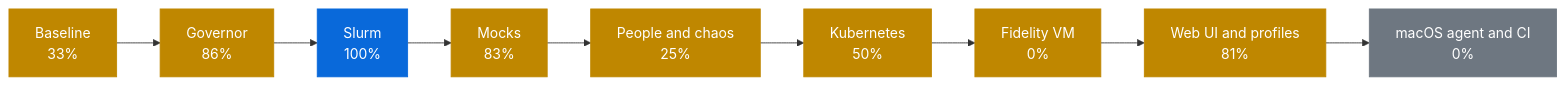
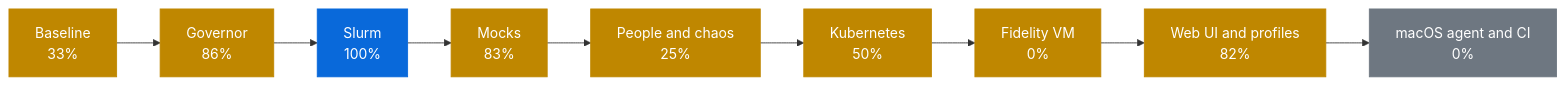
Before and after one commit to AhmedYousriSobhi/workbench: the first of 2 diagrams in docs/PROGRESS.md, drawn with Mermaid. The commit also changed other lines of this file and 13 other files, not shown here.

````diff
--- a/docs/PROGRESS.md
+++ b/docs/PROGRESS.md
@@ -10,17 +10,17 @@
 ```mermaid
 flowchart LR
     p0["Baseline<br/>33%"]:::partial
     p1["Governor<br/>86%"]:::partial
     p2["Slurm<br/>100%"]:::review
     p3["Mocks<br/>83%"]:::partial
     p4["People and chaos<br/>25%"]:::partial
     p5["Kubernetes<br/>50%"]:::partial
     p6["Fidelity VM<br/>0%"]:::partial
-    p7["Web UI and profiles<br/>81%"]:::partial
+    p7["Web UI and profiles<br/>82%"]:::partial
     p8["macOS agent and CI<br/>0%"]:::todo
     p0 --> p1 --> p2 --> p3 --> p4 --> p5 --> p6 --> p7 --> p8
     classDef done fill:#1a7f37,stroke:#1a7f37,color:#fff
     classDef review fill:#0969da,stroke:#0969da,color:#fff
     classDef partial fill:#bf8700,stroke:#bf8700,color:#fff
     classDef todo fill:#6e7781,stroke:#6e7781,color:#fff
 ```
````
